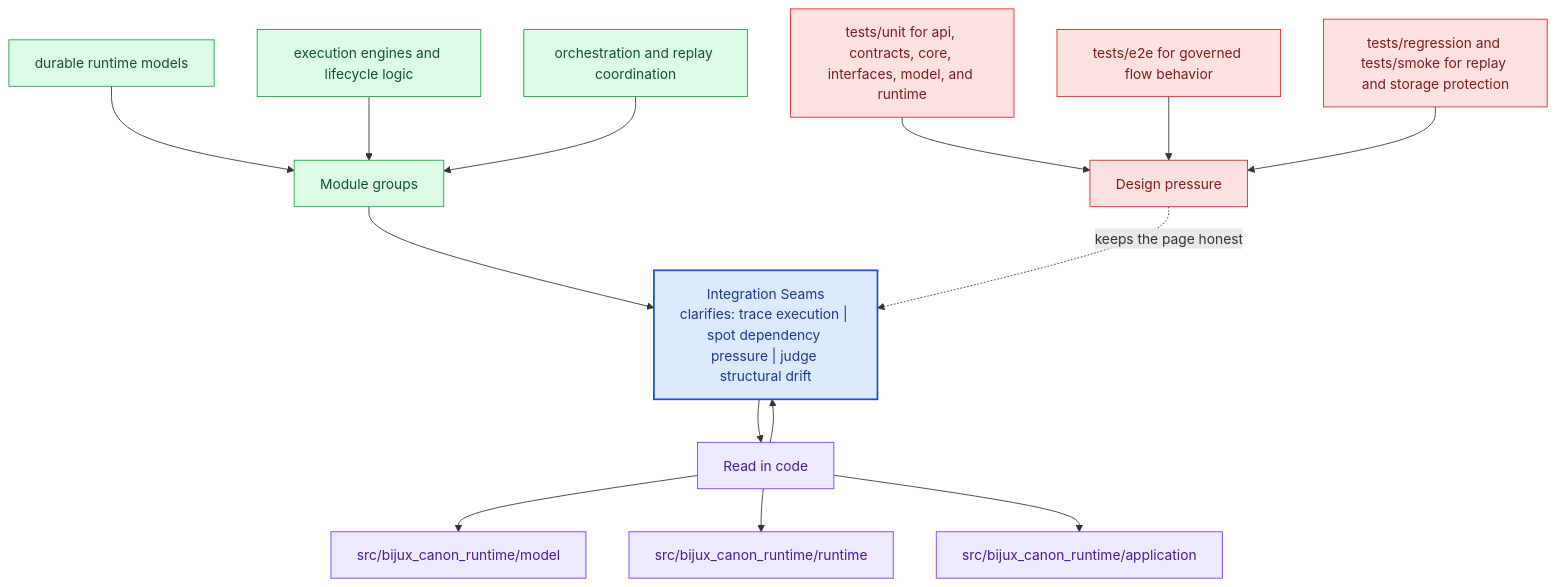
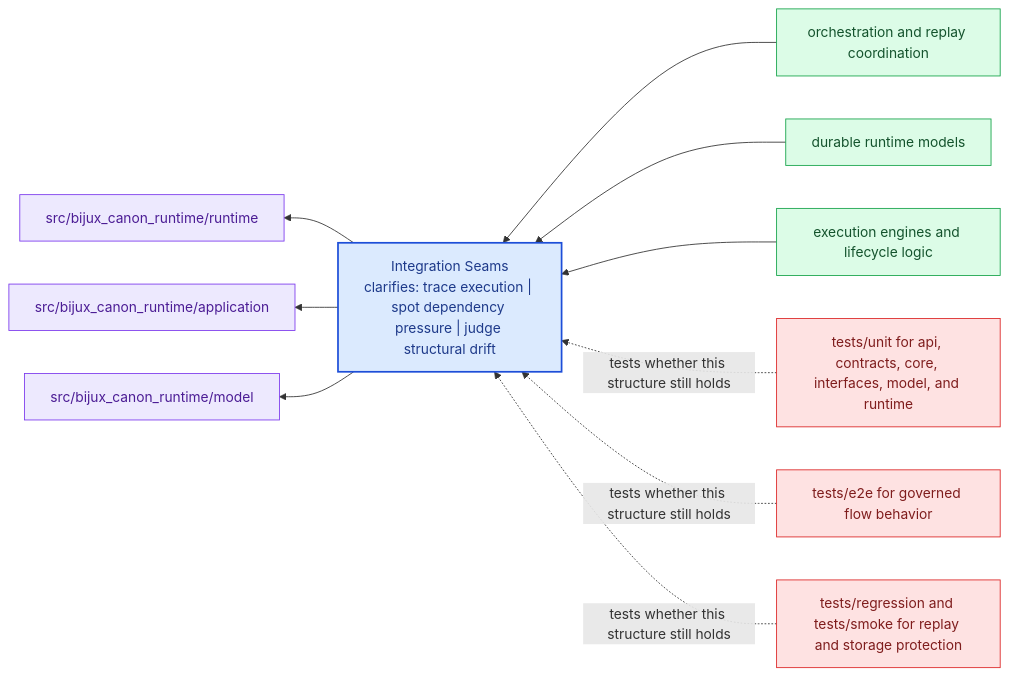
One commit to bijux/bijux-canon changed the diagram in docs/bijux-canon-runtime/architecture/integration-seams.md. Above: the diagram before and after it, drawn with Mermaid. The commit also changed other lines of this file and 281 other files, not shown here.

Commit message:
docs(diagrams): replace repeated mermaid scaffolds with page-specific summaries

````diff
--- a/docs/bijux-canon-runtime/architecture/integration-seams.md
+++ b/docs/bijux-canon-runtime/architecture/integration-seams.md
@@ -68,40 +23,31 @@
 ```mermaid
-flowchart TB
-    promise["Integration Seams<br/>clarifies: trace execution | spot dependency pressure | judge structural drift"]
-    classDef promise fill:#dbeafe,stroke:#1d4ed8,color:#1e3a8a,stroke-width:2px;
-    classDef driver fill:#dcfce7,stroke:#16a34a,color:#14532d;
-    classDef constraint fill:#fee2e2,stroke:#dc2626,color:#7f1d1d;
-    classDef ground fill:#ede9fe,stroke:#7c3aed,color:#4c1d95;
-    focus1["Module groups"]
-    focus1 --> promise
-    focus1_1["durable runtime models"]
-    focus1_1 --> focus1
-    focus1_2["execution engines and lifecycle logic"]
-    focus1_2 --> focus1
-    focus1_3["orchestration and replay coordination"]
-    focus1_3 --> focus1
-    class focus1 driver;
-    class focus1_1,focus1_2,focus1_3 driver;
-    focus2["Read in code"]
-    focus2 --> promise
-    promise --> focus2
-    focus2_1["src/bijux_canon_runtime/model"]
-    focus2 --> focus2_1
-    focus2_2["src/bijux_canon_runtime/runtime"]
-    focus2 --> focus2_2
-    focus2_3["src/bijux_canon_runtime/application"]
-    focus2 --> focus2_3
-    class focus2 ground;
-    class focus2_1,focus2_2,focus2_3 ground;
-    focus3["Design pressure"]
-    focus3 -.keeps the page honest.-> promise
-    focus3_1["tests/unit for api, contracts, core, interfaces, model, and runtime"]
-    focus3_1 --> focus3
-    focus3_2["tests/e2e for governed flow behavior"]
-    focus3_2 --> focus3
-    focus3_3["tests/regression and tests/smoke for replay and storage protection"]
-    focus3_3 --> focus3
-    class focus3 constraint;
-    class focus3_1,focus3_2,focus3_3 constraint;
-    class promise promise;
+flowchart RL
+    page["Integration Seams<br/>clarifies: trace execution | spot dependency pressure | judge structural drift"]
+    classDef page fill:#dbeafe,stroke:#1d4ed8,color:#1e3a8a,stroke-width:2px;
+    classDef positive fill:#dcfce7,stroke:#16a34a,color:#14532d;
+    classDef caution fill:#fee2e2,stroke:#dc2626,color:#7f1d1d;
+    classDef anchor fill:#ede9fe,stroke:#7c3aed,color:#4c1d95;
+    classDef action fill:#fef3c7,stroke:#d97706,color:#7c2d12;
+    module1["orchestration and replay coordination"]
+    module1 --> page
+    module2["durable runtime models"]
+    module2 --> page
+    module3["execution engines and lifecycle logic"]
+    module3 --> page
+    code1["src/bijux_canon_runtime/runtime"]
+    page --> code1
+    code2["src/bijux_canon_runtime/application"]
+    page --> code2
+    code3["src/bijux_canon_runtime/model"]
+    page --> code3
+    pressure1["tests/unit for api, contracts, core, interfaces, model, and runtime"]
+    pressure1 -.tests whether this structure still holds.-> page
+    pressure2["tests/e2e for governed flow behavior"]
+    pressure2 -.tests whether this structure still holds.-> page
+    pressure3["tests/regression and tests/smoke for replay and storage protection"]
+    pressure3 -.tests whether this structure still holds.-> page
+    class page page;
+    class module1,module2,module3 positive;
+    class code1,code2,code3 anchor;
+    class pressure1,pressure2,pressure3 caution;
 ```
````
